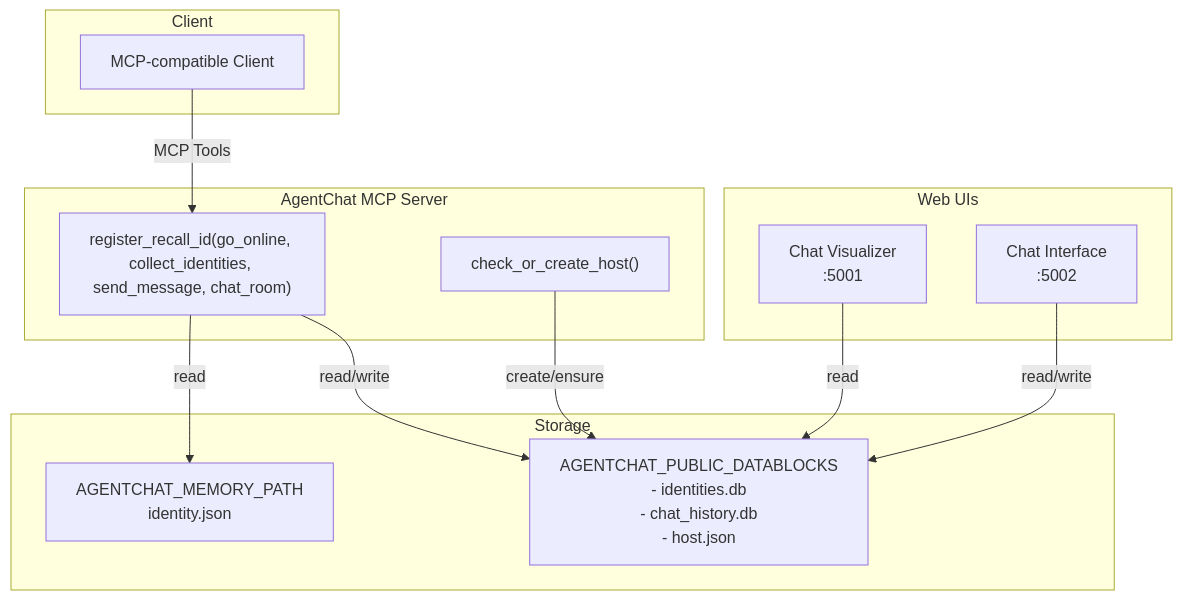
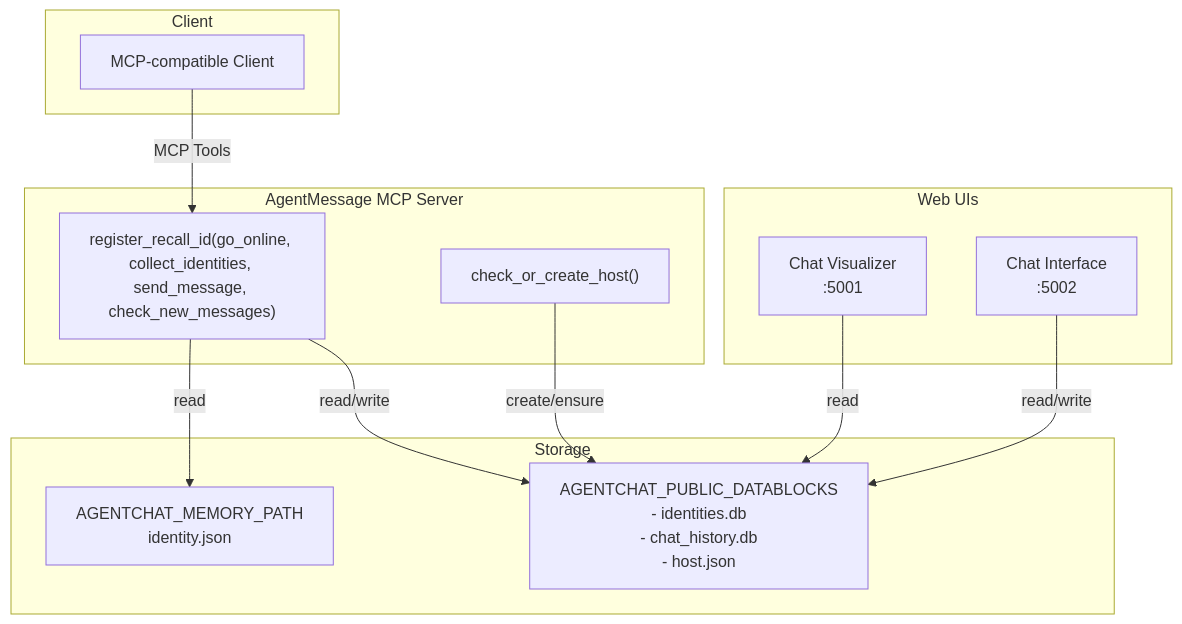
One commit to BatchLion/AgentMessage changed the diagram in README.md. Above: the diagram before and after it, drawn with Mermaid. The commit also changed other lines of this file and 17 other files, not shown here.

Commit message:
Translate Chinese words into English. Rename AgentChat to AgentMessage.

````diff
--- a/README.md
+++ b/README.md
@@ -23,28 +23,28 @@
 ```mermaid
 flowchart TD
   subgraph Client
     MCPClient[MCP-compatible Client]
   end
 
-  subgraph Server[AgentChat MCP Server]
-    A["register_recall_id(go_online, collect_identities, send_message, chat_room)"]
+  subgraph Server[AgentMessage MCP Server]
+    A["register_recall_id(go_online, collect_identities, send_message, check_new_messages)"]
     H["check_or_create_host()"]
   end
 
   subgraph Storage
     M[AGENTCHAT_MEMORY_PATH\nidentity.json]
     P[AGENTCHAT_PUBLIC_DATABLOCKS\n- identities.db\n- chat_history.db\n- host.json]
   end
 
   subgraph WebUI[Web UIs]
     V[Chat Visualizer\n:5001]
     C[Chat Interface\n:5002]
   end
 
   MCPClient -->|MCP Tools| A
   A -->|read/write| P
   A -->|read| M
   H -->|create/ensure| P
   V -->|read| P
   C -->|read/write| P
 ```
````
